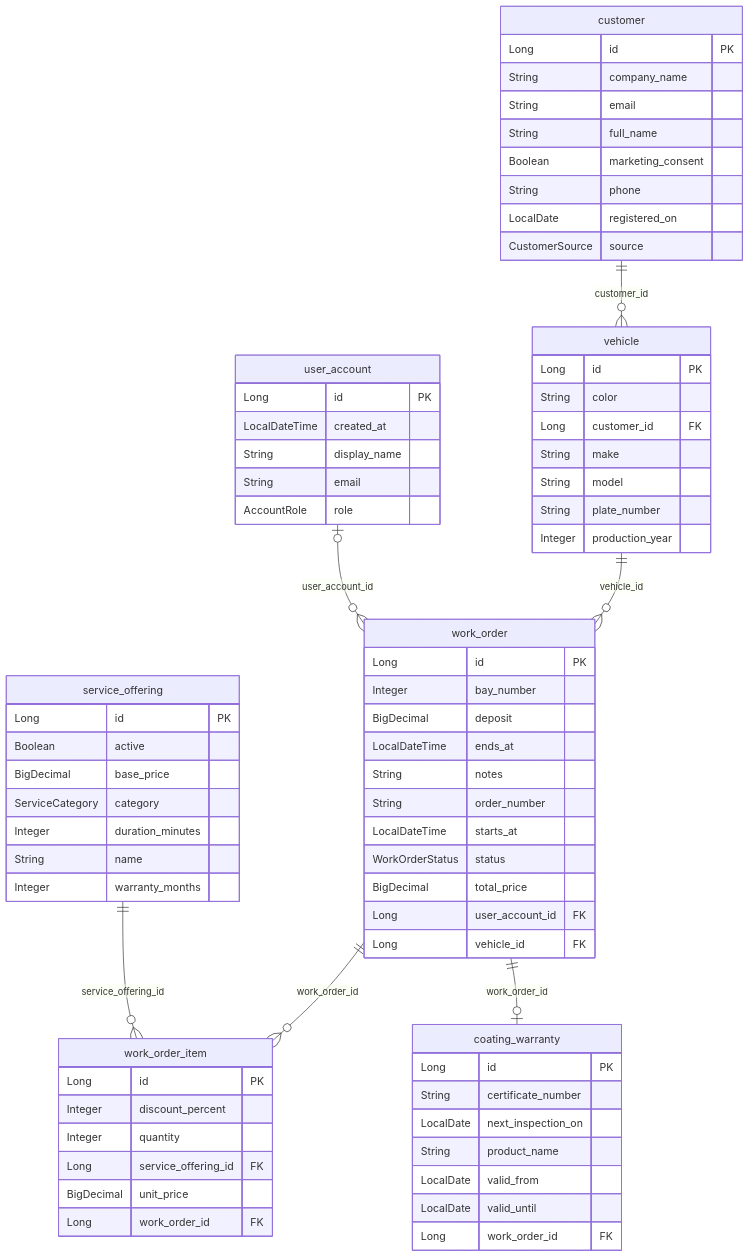
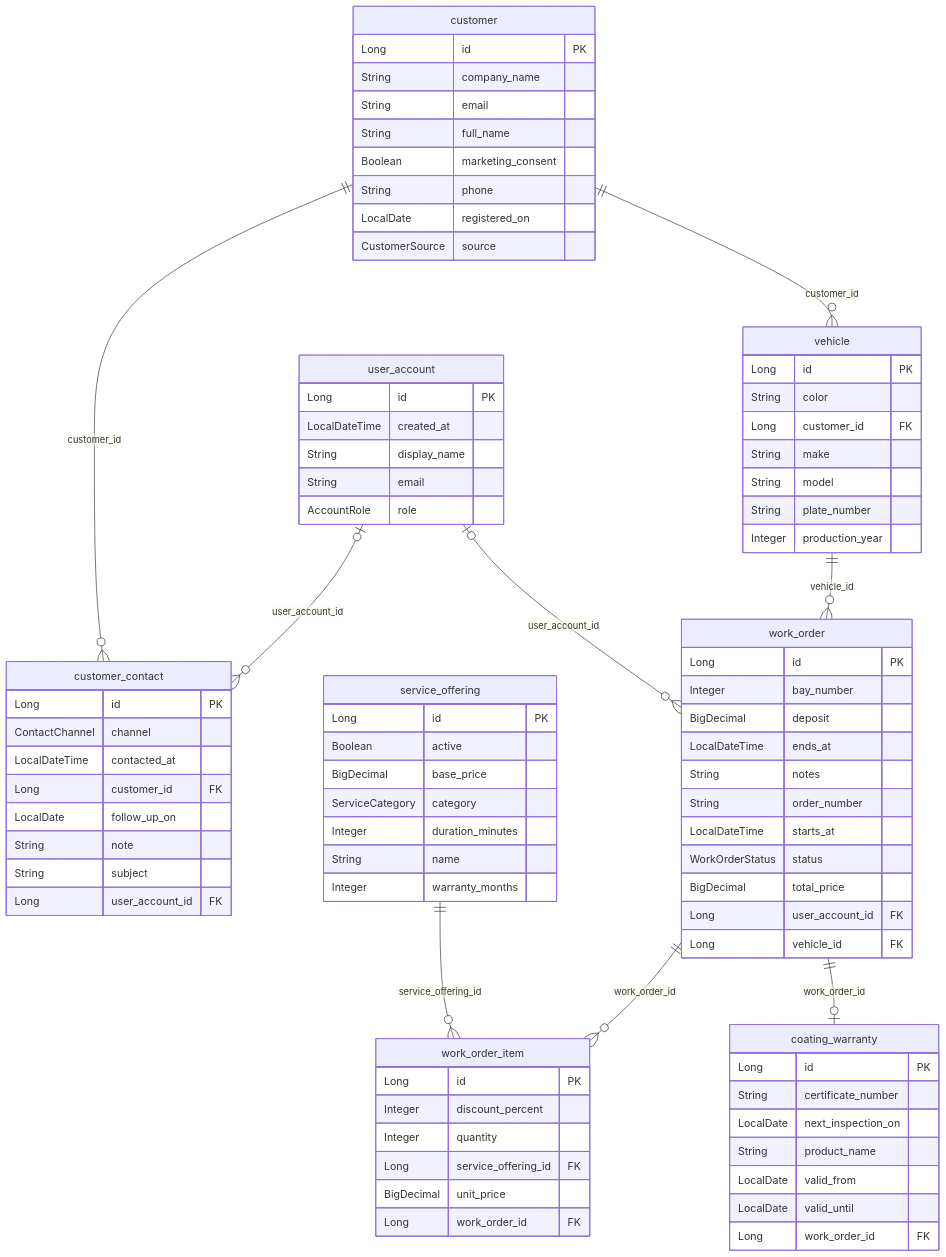
Before and after one commit to christian-24/WdTB-2026-Backend--projectname--: the diagram in SCHEMAT.md, drawn with Mermaid. The commit also changed other lines of this file and 6 other files, not shown here.

Commit message:
LAB 03: historia kontaktów z klientem (customer_contact) z repozytorium follow-upów

```diff
--- a/SCHEMAT.md
+++ b/SCHEMAT.md
@@ -34,6 +35,16 @@
         String phone
         LocalDate registered_on
         CustomerSource source
+    }
+    customer_contact {
+        Long id PK
+        ContactChannel channel
+        LocalDateTime contacted_at
+        Long customer_id FK
+        LocalDate follow_up_on
+        String note
+        String subject
+        Long user_account_id FK
     }
     service_offering {
         Long id PK
@@ -81,8 +92,10 @@
         BigDecimal unit_price
         Long work_order_id FK
     }
+    customer ||--o{ customer_contact : "customer_id"
     customer ||--o{ vehicle : "customer_id"
     service_offering ||--o{ work_order_item : "service_offering_id"
+    user_account |o--o{ customer_contact : "user_account_id"
     user_account |o--o{ work_order : "user_account_id"
     vehicle ||--o{ work_order : "vehicle_id"
     work_order ||--o{ work_order_item : "work_order_id"
```
